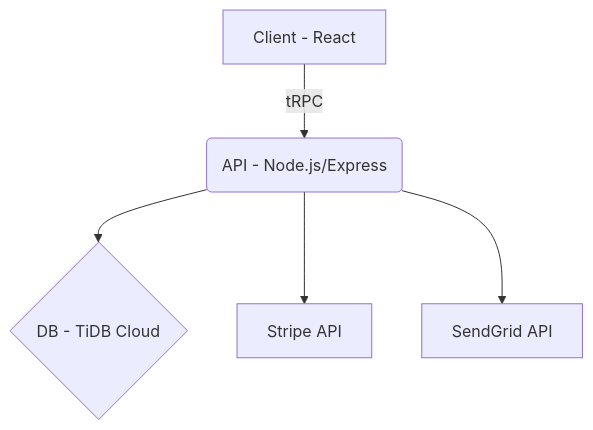
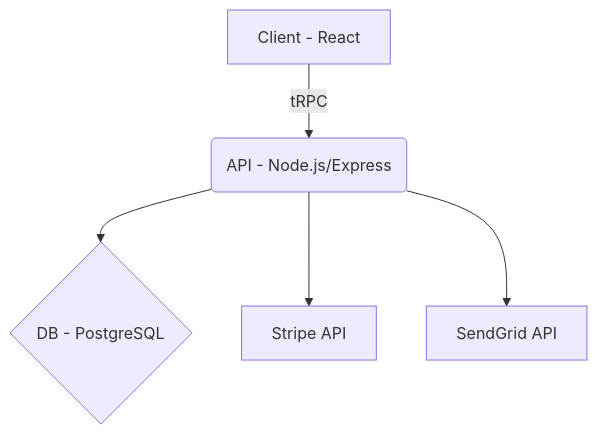
Before and after one commit to Tamerb86/norsk-lead-ai: the diagram in COMPREHENSIVE_SECURITY_REPORT.md, drawn with Mermaid. The commit also changed other lines of this file and 35 other files, not shown here.

````diff
--- a/COMPREHENSIVE_SECURITY_REPORT.md
+++ b/COMPREHENSIVE_SECURITY_REPORT.md
@@ -61,7 +61,7 @@
 ```mermaid
 graph TD
     A[Client - React] -->|tRPC| B(API - Node.js/Express)
-    B --> C{DB - TiDB Cloud}
+    B --> C{DB - PostgreSQL}
     B --> D[Stripe API]
     B --> E[SendGrid API]
 ```
````
